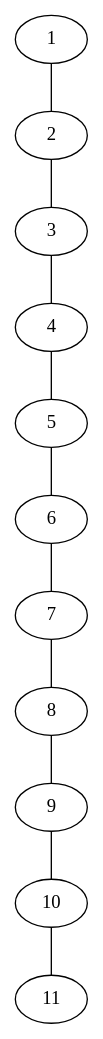
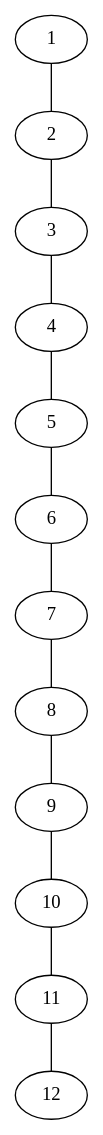
One commit to copasi/model_replicator changed the diagram in examples/Row_of_cells_gap_junctions/row_of_11.gv. Above: the diagram before and after it, drawn with Graphviz. The commit also changed 1 other file, not shown here.

```diff
--- a/examples/Row_of_cells_gap_junctions/row_of_11.gv
+++ b/examples/Row_of_cells_gap_junctions/row_of_11.gv
@@ -1,3 +1,3 @@
-graph row_of_11 {
-1 -- 2 -- 3 -- 4 -- 5 -- 6 -- 7 -- 8 -- 9 -- 10 -- 11
+graph row_of_12 {
+1 -- 2 -- 3 -- 4 -- 5 -- 6 -- 7 -- 8 -- 9 -- 10 -- 11 -- 12
 }
```
